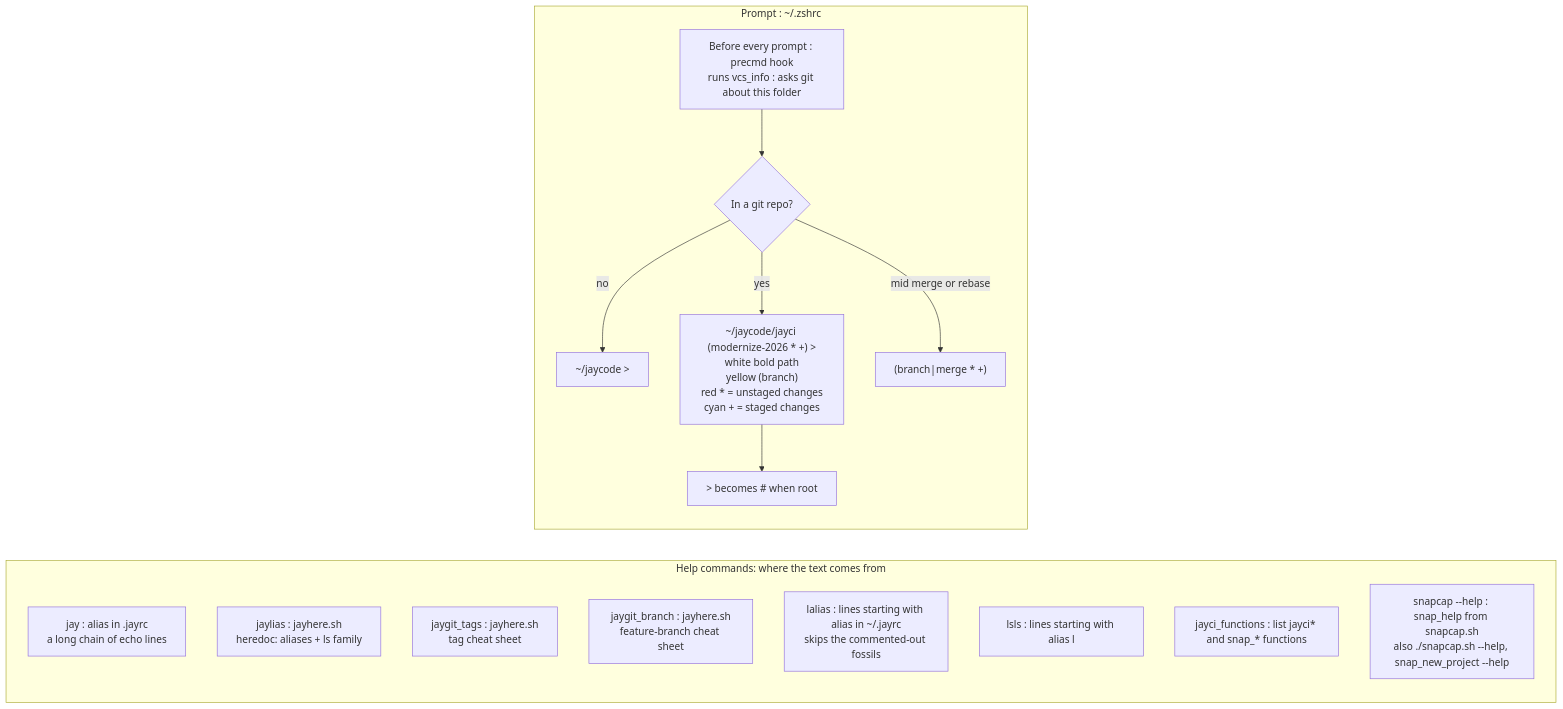
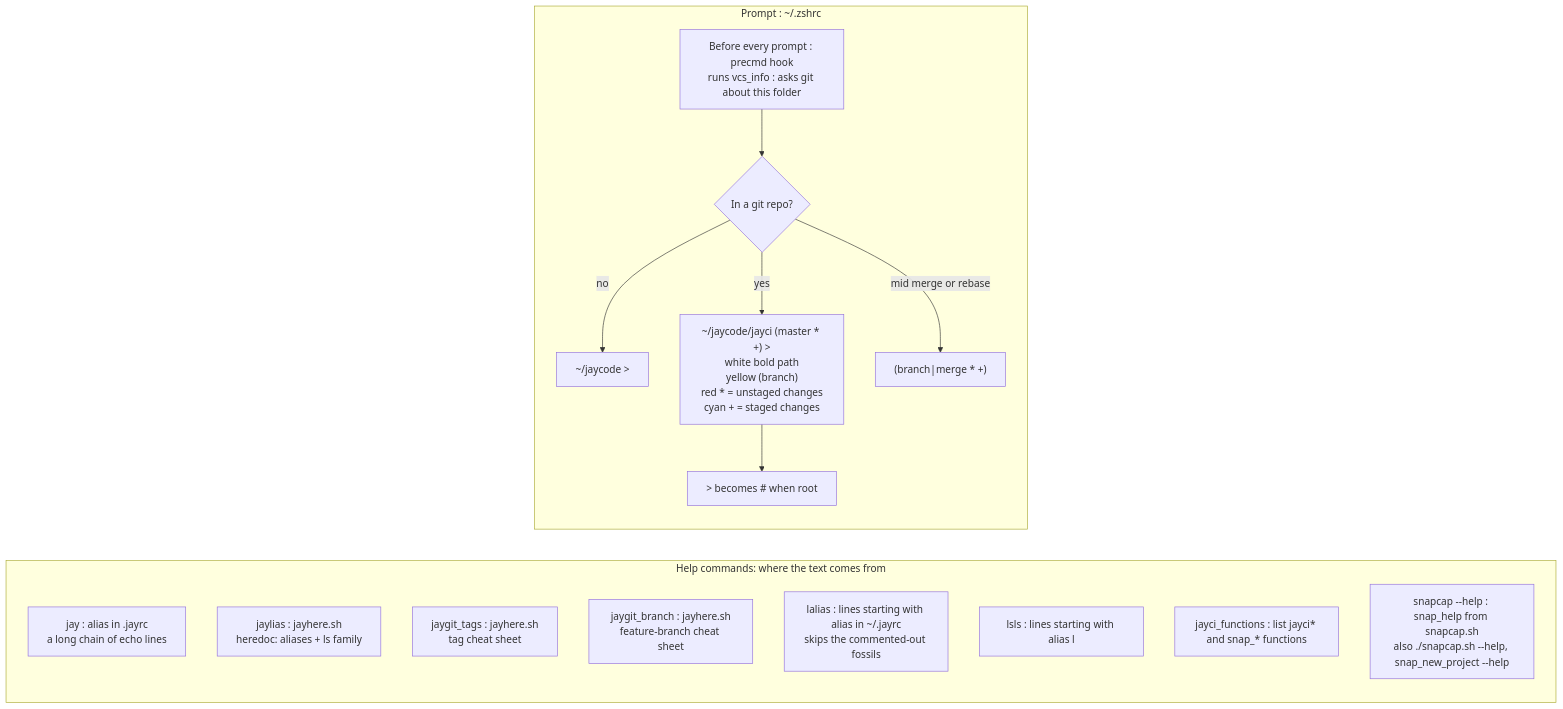
The diagram in docs/diagrams/8-help-and-prompt.mmd (jaycody/jayci), drawn with Mermaid before and after one commit. The commit also changed 9 other files, not shown here.

First line of the commit message:
Diagrams: _snap_remember_storage, gh on PATH, current branch examples

```diff
--- a/docs/diagrams/8-help-and-prompt.mmd
+++ b/docs/diagrams/8-help-and-prompt.mmd
@@ -1,21 +1,21 @@
 %% 8. The help commands, and how the prompt is drawn.
 flowchart LR
     subgraph HELP ["Help commands: where the text comes from"]
         h1["jay : alias in .jayrc<br/>a long chain of echo lines"]
         h2["jaylias : jayhere.sh<br/>heredoc: aliases + ls family"]
         h3["jaygit_tags : jayhere.sh<br/>tag cheat sheet"]
         h4["jaygit_branch : jayhere.sh<br/>feature-branch cheat sheet"]
         h5["lalias : lines starting with alias in ~/.jayrc<br/>skips the commented-out fossils"]
         h6["lsls : lines starting with alias l"]
         h7["jayci_functions : list jayci* and snap_* functions"]
         h8["snapcap --help : snap_help from snapcap.sh<br/>also ./snapcap.sh --help, snap_new_project --help"]
     end
 
 
     subgraph PROMPT ["Prompt : ~/.zshrc"]
         p1["Before every prompt : precmd hook<br/>runs vcs_info : asks git about this folder"] --> p2{"In a git repo?"}
         p2 -->|no| p3["~/jaycode >"]
-        p2 -->|yes| p4["~/jaycode/jayci (modernize-2026 * +) ><br/>white bold path<br/>yellow (branch)<br/>red * = unstaged changes<br/>cyan + = staged changes"]
+        p2 -->|yes| p4["~/jaycode/jayci (master * +) ><br/>white bold path<br/>yellow (branch)<br/>red * = unstaged changes<br/>cyan + = staged changes"]
         p2 -->|"mid merge or rebase"| p5["(branch|merge * +)"]
         p4 --> p6["> becomes # when root"]
     end
```
